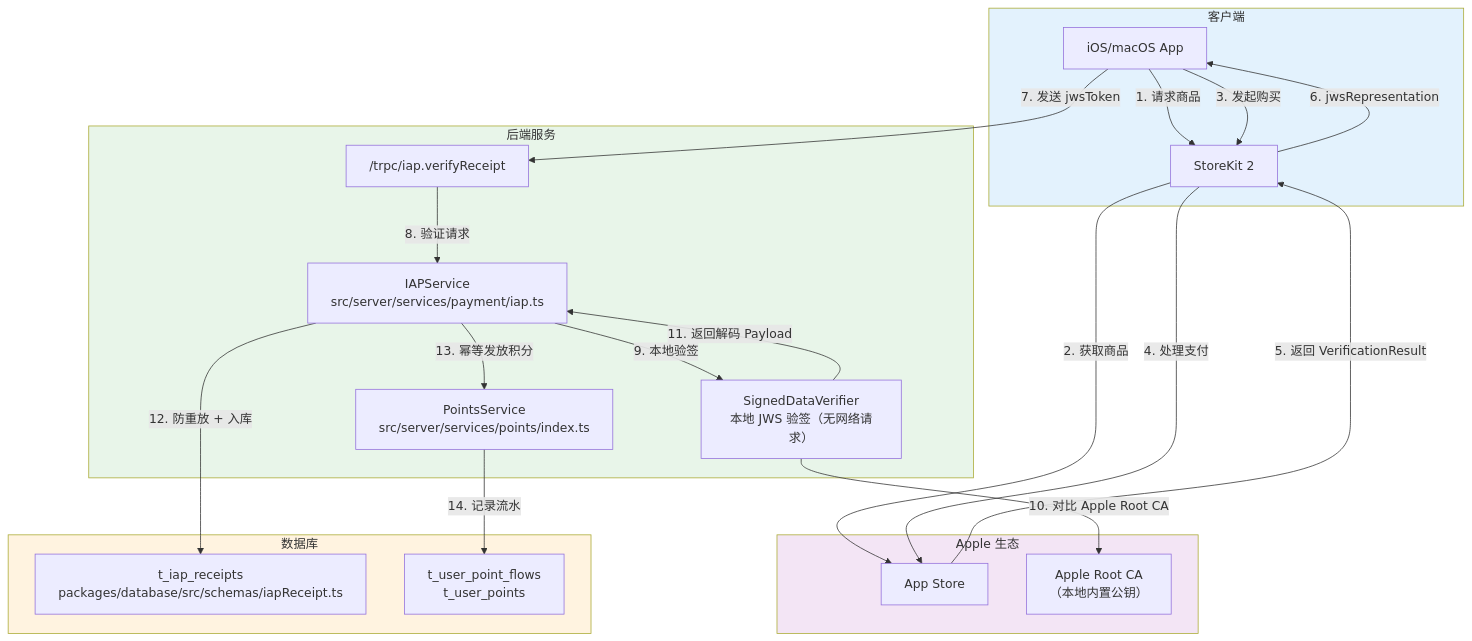
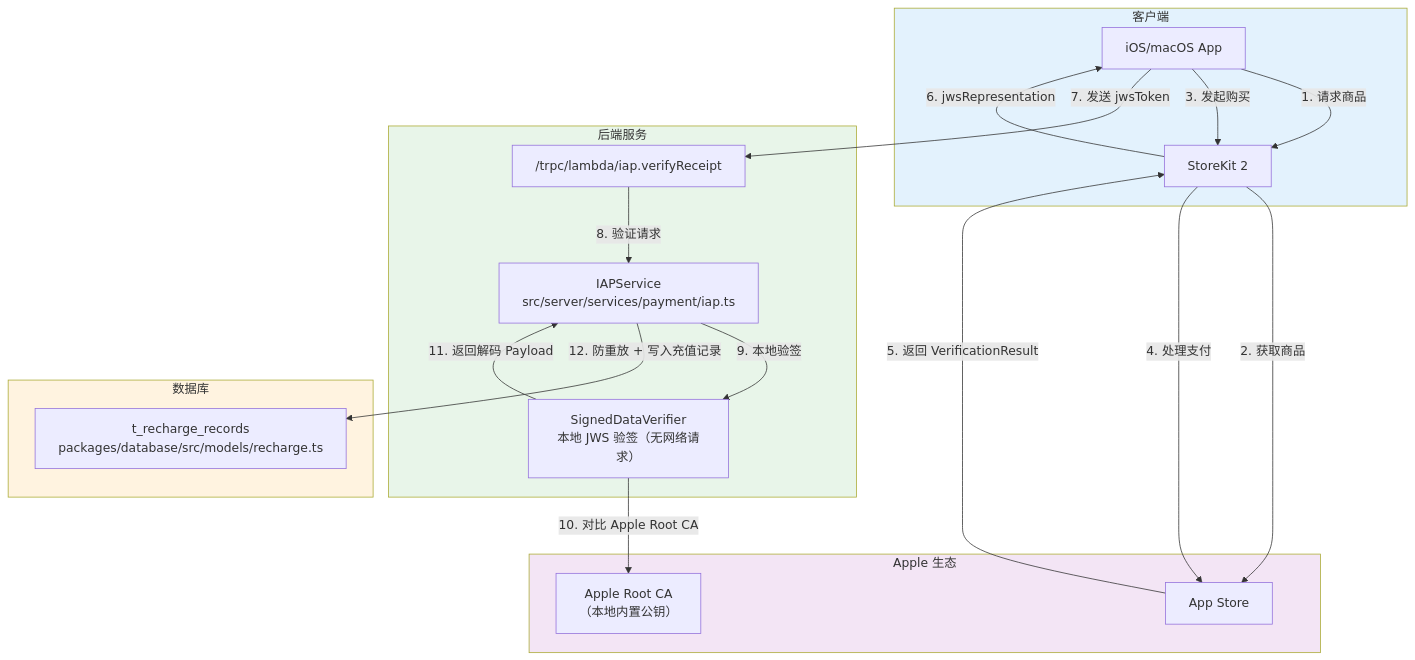
One commit to RudolphHuang/openclaw_doc changed the first of 2 diagrams in api/payment/app-pay-iap.md. Above: the diagram before and after it, drawn with Mermaid. The commit also changed other lines of this file, not shown here.

````diff
--- a/api/payment/app-pay-iap.md
+++ b/api/payment/app-pay-iap.md
@@ -11,44 +11,40 @@
 ```mermaid
 flowchart TB
     subgraph Client["客户端"]
         iOSApp["iOS/macOS App"]
         StoreKit2["StoreKit 2"]
     end
 
     subgraph Apple["Apple 生态"]
         AppStore["App Store"]
         AppleRootCA["Apple Root CA\n（本地内置公钥）"]
     end
 
     subgraph Backend["后端服务"]
-        IAPAPI["/trpc/iap.verifyReceipt"]
+        IAPAPI["/trpc/lambda/iap.verifyReceipt"]
         JWSVerifier["SignedDataVerifier\n本地 JWS 验签（无网络请求）"]
         IAPService["IAPService\nsrc/server/services/payment/iap.ts"]
-        PointsService["PointsService\nsrc/server/services/points/index.ts"]
     end
 
     subgraph Database["数据库"]
-        IAPTable["t_iap_receipts\npackages/database/src/schemas/iapReceipt.ts"]
-        PointsTable["t_user_point_flows\nt_user_points"]
+        RechargeTable["t_recharge_records\npackages/database/src/models/recharge.ts"]
     end
 
     iOSApp -->|1. 请求商品| StoreKit2
     StoreKit2 -->|2. 获取商品| AppStore
     iOSApp -->|3. 发起购买| StoreKit2
     StoreKit2 -->|4. 处理支付| AppStore
     AppStore -->|5. 返回 VerificationResult| StoreKit2
     StoreKit2 -->|6. jwsRepresentation| iOSApp
     iOSApp -->|7. 发送 jwsToken| IAPAPI
     IAPAPI -->|8. 验证请求| IAPService
     IAPService -->|9. 本地验签| JWSVerifier
     JWSVerifier -->|10. 对比 Apple Root CA| AppleRootCA
     JWSVerifier -->|11. 返回解码 Payload| IAPService
-    IAPService -->|12. 防重放 + 入库| IAPTable
-    IAPService -->|13. 幂等发放积分| PointsService
-    PointsService -->|14. 记录流水| PointsTable
+    IAPService -->|12. 防重放 + 写入充值记录| RechargeTable
 
     style Client fill:#e3f2fd
     style Apple fill:#f3e5f5
     style Backend fill:#e8f5e9
     style Database fill:#fff3e0
 ```
````
